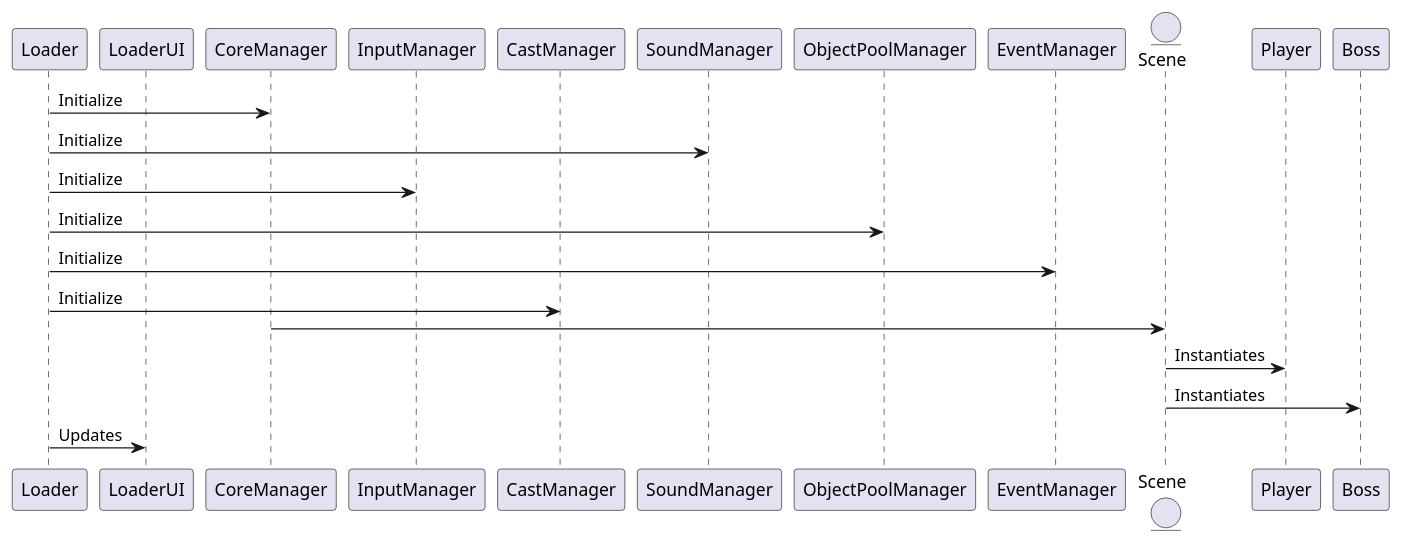
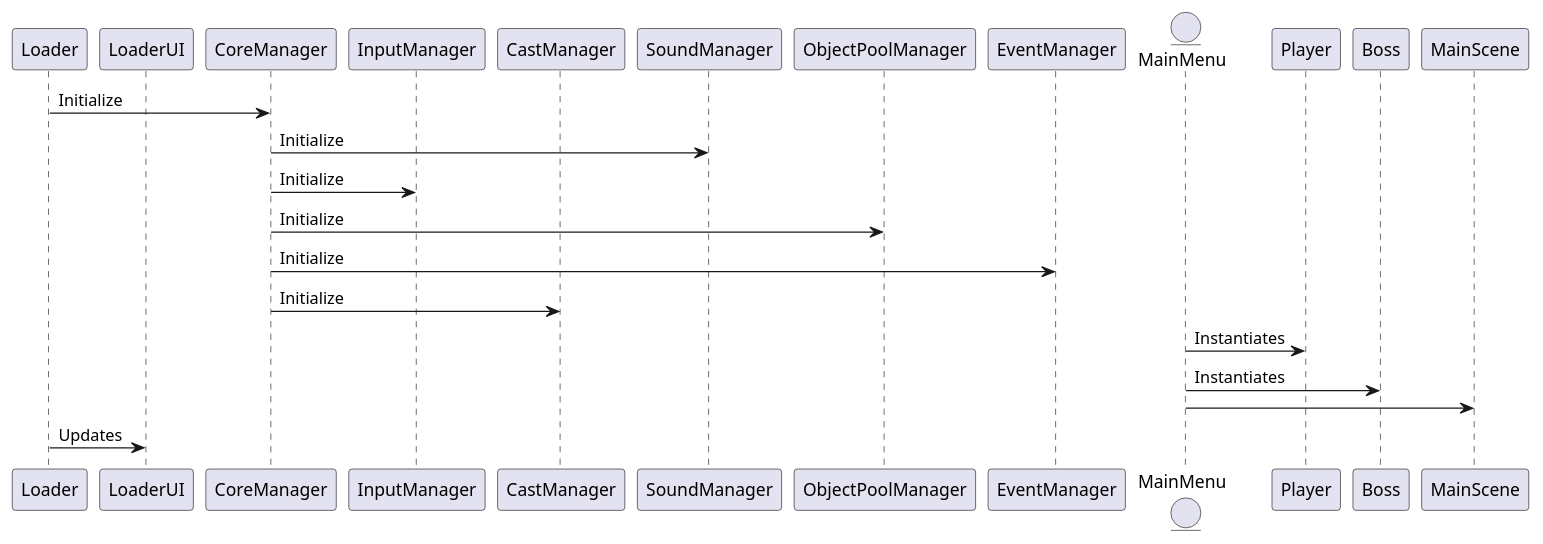
The diagram in Assets/LoadingPlan.puml (Huji-Bezalel-Advanced-Unity/yan-nosrati-boss-level), drawn with PlantUML before and after one commit.

Commit message:
updated plan

```diff
--- a/Assets/LoadingPlan.puml
+++ b/Assets/LoadingPlan.puml
@@ -1,33 +1,33 @@
 @startuml
 'https://plantuml.com/sequence-diagram
 
 
 participant Loader
 participant LoaderUI
 participant CoreManager
 participant InputManager
 participant CastManager
 participant SoundManager
 participant ObjectPoolManager
 participant EventManager
-entity Scene
+entity MainMenu
 participant Player
 participant Boss
 
 
 Loader -> CoreManager : Initialize
-Loader-> SoundManager :Initialize
-Loader-> InputManager :Initialize
-Loader-> ObjectPoolManager :Initialize
-Loader-> EventManager :Initialize
-Loader->CastManager:Initialize
-CoreManager -> Scene
-Scene->Player:Instantiates
-Scene->Boss:Instantiates
+CoreManager-> SoundManager :Initialize
+CoreManager-> InputManager :Initialize
+CoreManager-> ObjectPoolManager :Initialize
+CoreManager-> EventManager :Initialize
+CoreManager->CastManager:Initialize
+MainMenu->Player:Instantiates
+MainMenu->Boss:Instantiates
+MainMenu->MainScene
 Loader->LoaderUI: Updates
 
 
 
 
 
 @enduml
```
